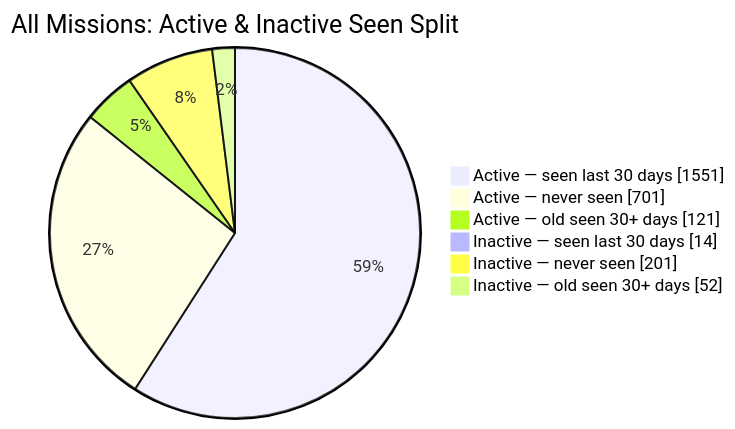
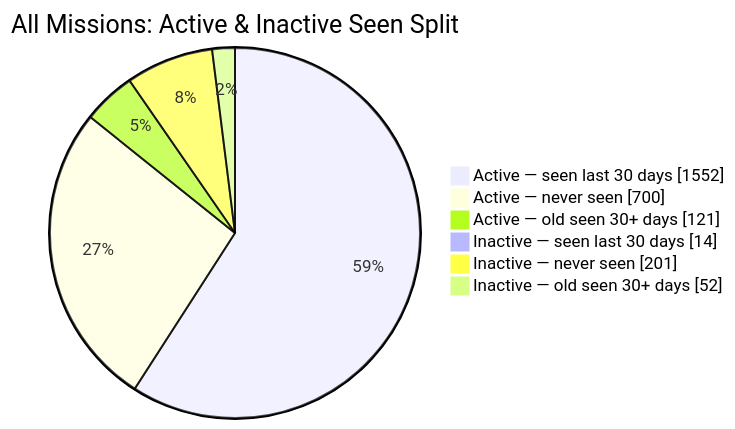
The second of 2 diagrams in README.md (MeldkamerspelGameTeam/active-missions), drawn with Mermaid before and after one commit. The commit also changed other lines of this file and 2 other files, not shown here.

````diff
--- a/README.md
+++ b/README.md
@@ -44,10 +44,10 @@
 ```mermaid
 pie showData
     title All Missions: Active & Inactive Seen Split
-    "Active — seen last 30 days" : 1551
-    "Active — never seen" : 701
+    "Active — seen last 30 days" : 1552
+    "Active — never seen" : 700
     "Active — old seen 30+ days" : 121
     "Inactive — seen last 30 days" : 14
     "Inactive — never seen" : 201
     "Inactive — old seen 30+ days" : 52
 ```
````
